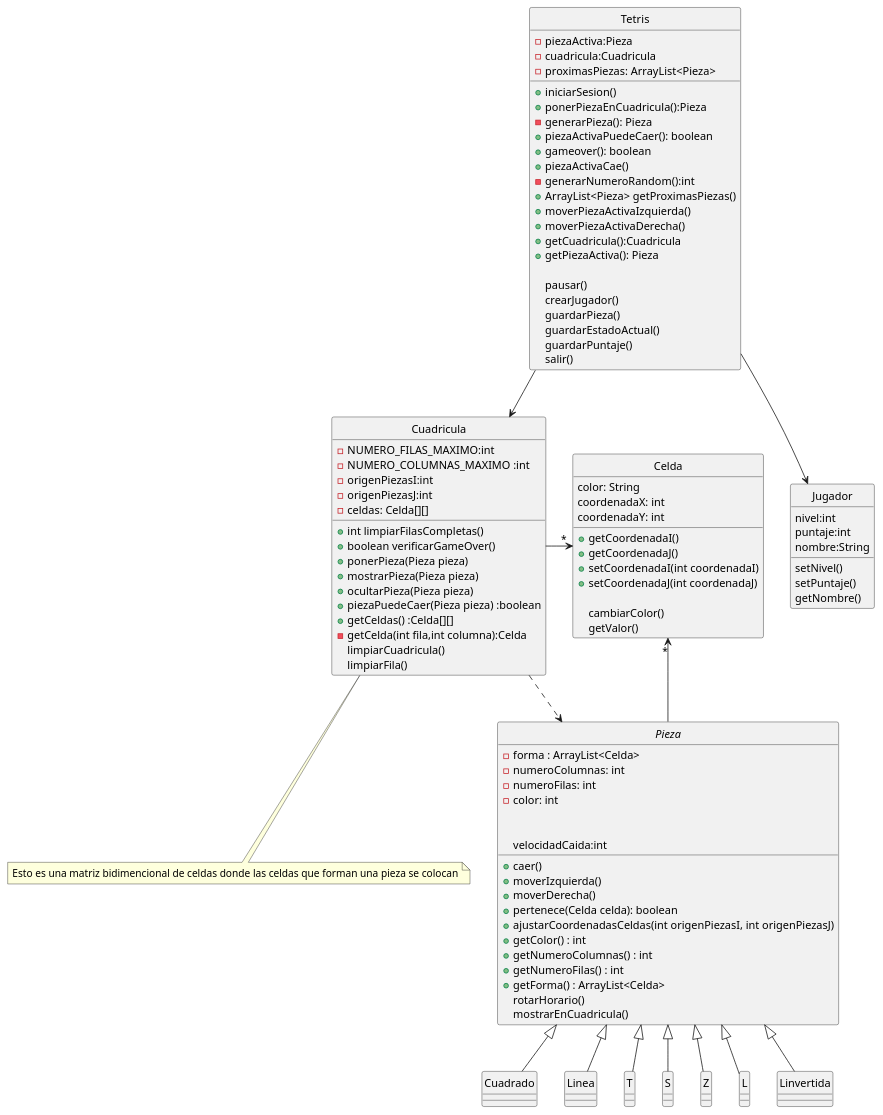
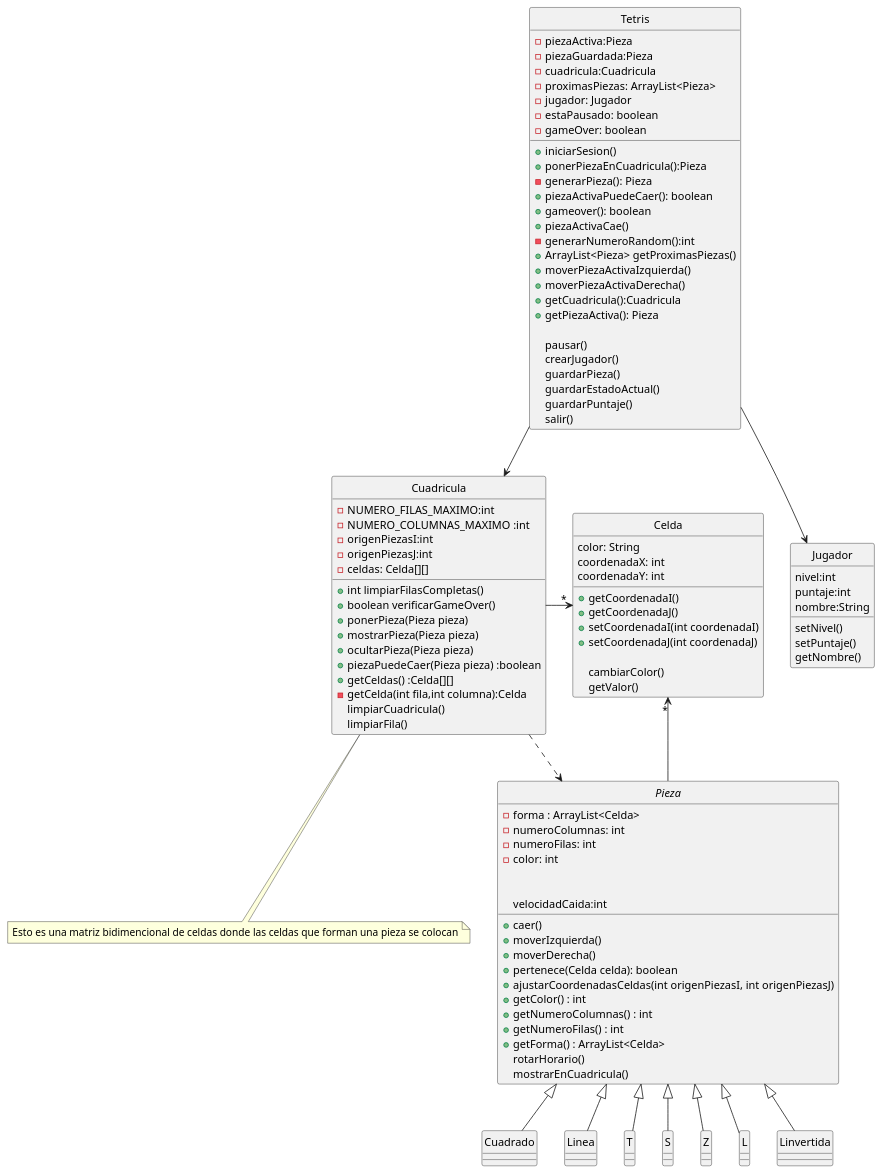
Before and after one commit to Intellbg/Tetris: the diagram in src/com/company/Tetris/Tetris.puml, drawn with PlantUML. The commit also changed 33 other files, not shown here.

```diff
--- a/src/com/company/Tetris/Tetris.puml
+++ b/src/com/company/Tetris/Tetris.puml
@@ -1,117 +1,124 @@
 @startuml tetris
 
 note "Esto es una matriz bidimencional de celdas donde las celdas que forman una pieza se colocan" as nota1
 
 hide circle
 
-class Jugador{
-    nivel:int
-    puntaje:int
-    nombre:String
-    setNivel()
-    setPuntaje()
-    getNombre()
-}
 class Tetris{
     - piezaActiva:Pieza
+    - piezaGuardada:Pieza
     - cuadricula:Cuadricula
     - proximasPiezas: ArrayList<Pieza> 
+    - jugador: Jugador
+    - estaPausado: boolean
+    - gameOver: boolean
+
 
     + iniciarSesion() 
     + ponerPiezaEnCuadricula():Pieza
     - generarPieza(): Pieza
     + piezaActivaPuedeCaer(): boolean
     + gameover(): boolean
     + piezaActivaCae()
     - generarNumeroRandom():int 
     + ArrayList<Pieza> getProximasPiezas()
     + moverPiezaActivaIzquierda()
     + moverPiezaActivaDerecha() 
     + getCuadricula():Cuadricula
     + getPiezaActiva(): Pieza 
 
     pausar()
     crearJugador()
     guardarPieza()
     guardarEstadoActual()
     guardarPuntaje()
     salir()
 }
+
+class Jugador{
+    nivel:int
+    puntaje:int
+    nombre:String
+    setNivel()
+    setPuntaje()
+    getNombre()
+}
+
 class Cuadricula{
     - NUMERO_FILAS_MAXIMO:int
     - NUMERO_COLUMNAS_MAXIMO :int
     - origenPiezasI:int
     - origenPiezasJ:int
     - celdas: Celda[][]
 
 
 
     + int limpiarFilasCompletas() 
     + boolean verificarGameOver() 
     + ponerPieza(Pieza pieza) 
     + mostrarPieza(Pieza pieza)
     + ocultarPieza(Pieza pieza)
     + piezaPuedeCaer(Pieza pieza) :boolean
     + getCeldas() :Celda[][] 
     - getCelda(int fila,int columna):Celda
 
 
     limpiarCuadricula()
     limpiarFila()
 } 
 class Celda{
     color: String
     coordenadaX: int
     coordenadaY: int
 
     + getCoordenadaI()
     + getCoordenadaJ()
     + setCoordenadaI(int coordenadaI) 
     + setCoordenadaJ(int coordenadaJ)
 
     cambiarColor()
     getValor() 
 }
 abstract class Pieza{
     - forma : ArrayList<Celda>
     - numeroColumnas: int
     - numeroFilas: int
     - color: int
     + caer()
     + moverIzquierda()
     + moverDerecha() 
     + pertenece(Celda celda): boolean
     + ajustarCoordenadasCeldas(int origenPiezasI, int origenPiezasJ)
     + getColor() : int
     + getNumeroColumnas() : int
     + getNumeroFilas() : int
     + getForma() : ArrayList<Celda>
 
 
     velocidadCaida:int
     rotarHorario()
     mostrarEnCuadricula()
 }
 
 class Cuadrado{}
 class Linea{}
 class T{}
 class S{}
 class Z{}
 class L{}
 class Linvertida{}
 Cuadricula->"*"Celda
 Pieza <|-- Cuadrado
 Pieza <|-- Linea
 Pieza <|-- T
 Pieza <|-- S
 Pieza <|-- Z
 Pieza <|-- L
 Pieza <|-- Linvertida
 Cuadricula ..> Pieza
 Celda "*" <-- Pieza  
 Tetris-->Jugador
 Tetris-->Cuadricula
 Cuadricula .. nota1
 
 @enduml
```
